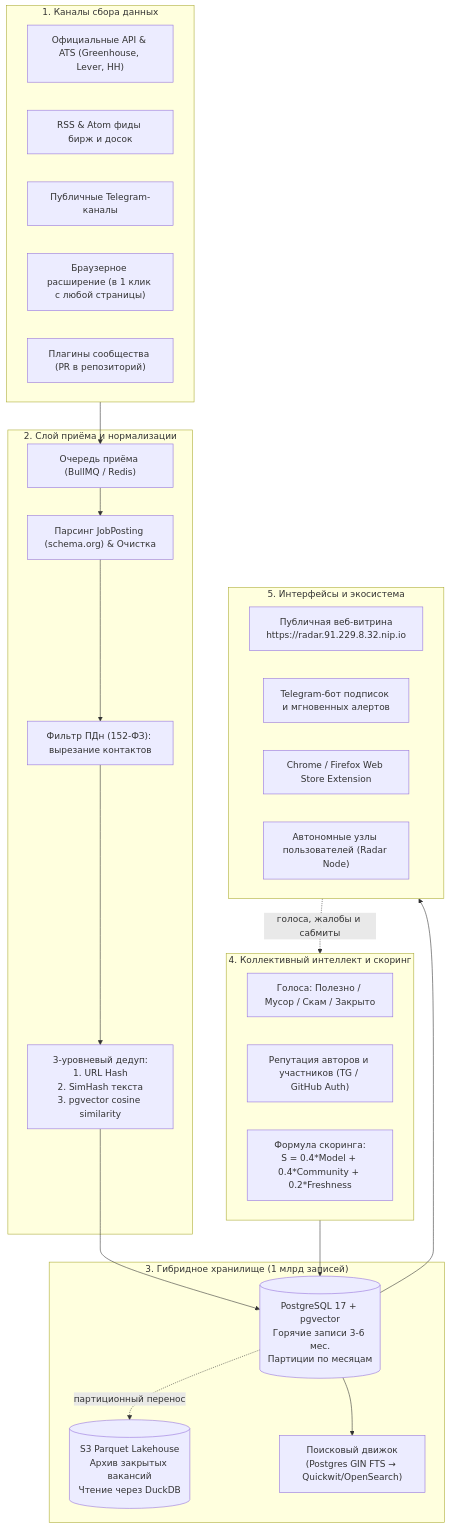
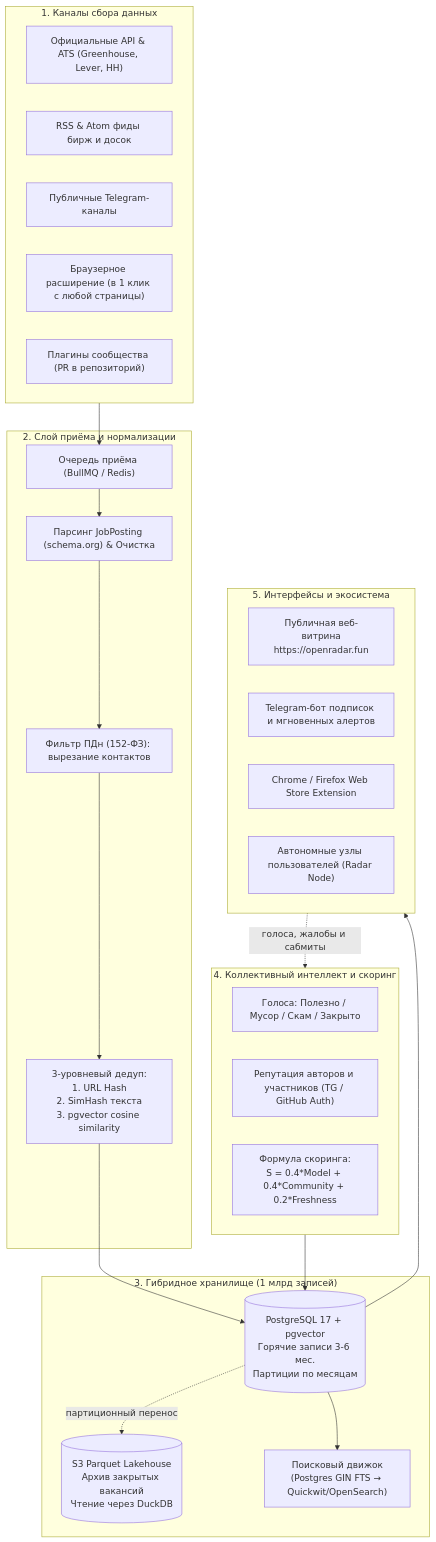
One commit to MikhailSagalaev/radar-oss changed the diagram in docs/ROADMAP_AND_PHILOSOPHY.md. Above: the diagram before and after it, drawn with Mermaid. The commit also changed other lines of this file and 2 other files, not shown here.

Commit message:
docs: point live demo links to https://openradar.fun

````diff
--- a/docs/ROADMAP_AND_PHILOSOPHY.md
+++ b/docs/ROADMAP_AND_PHILOSOPHY.md
@@ -45,43 +45,43 @@
 ```mermaid
 flowchart TD
     subgraph Sources ["1. Каналы сбора данных"]
         SRC_API["Официальные API & ATS (Greenhouse, Lever, HH)"]
         SRC_RSS["RSS & Atom фиды бирж и досок"]
         SRC_TG["Публичные Telegram-каналы"]
         SRC_EXT["Браузерное расширение (в 1 клик с любой страницы)"]
         SRC_PLUG["Плагины сообщества (PR в репозиторий)"]
     end
 
     subgraph Hub_Ingestion ["2. Слой приёма и нормализации"]
         QUEUE["Очередь приёма (BullMQ / Redis)"]
         PARSER["Парсинг JobPosting (schema.org) & Очистка"]
         PII_FILTER["Фильтр ПДн (152-ФЗ): вырезание контактов"]
         DEDUP["3-уровневый дедуп:\n1. URL Hash\n2. SimHash текста\n3. pgvector cosine similarity"]
     end
 
     subgraph Storage ["3. Гибридное хранилище (1 млрд записей)"]
         PG_HOT[("PostgreSQL 17 + pgvector\nГорячие записи 3-6 мес.\nПартиции по месяцам")]
         S3_ARCHIVE[("S3 Parquet Lakehouse\nАрхив закрытых вакансий\nЧтение через DuckDB")]
         SEARCH_IDX["Поисковый движок\n(Postgres GIN FTS → Quickwit/OpenSearch)"]
     end
 
     subgraph Community ["4. Коллективный интеллект и скоринг"]
         VOTING["Голоса: Полезно / Мусор / Скам / Закрыто"]
         REPUTATION["Репутация авторов и участников (TG / GitHub Auth)"]
         TRUST_ENGINE["Формула скоринга:\nS = 0.4*Model + 0.4*Community + 0.2*Freshness"]
     end
 
     subgraph Frontends ["5. Интерфейсы и экосистема"]
-        WEB["Публичная веб-витрина\nhttps://radar.91.229.8.32.nip.io"]
+        WEB["Публичная веб-витрина\nhttps://openradar.fun"]
         BOT["Telegram-бот подписок и мгновенных алертов"]
         EXTENSION["Chrome / Firefox Web Store Extension"]
         SELF_HOSTED["Автономные узлы пользователей (Radar Node)"]
     end
 
     Sources --> QUEUE --> PARSER --> PII_FILTER --> DEDUP --> PG_HOT
     PG_HOT -. партиционный перенос .-> S3_ARCHIVE
     PG_HOT --> SEARCH_IDX
     Community --> PG_HOT
     PG_HOT --> Frontends
     Frontends -. голоса, жалобы и сабмиты .-> Community
 ```
````
